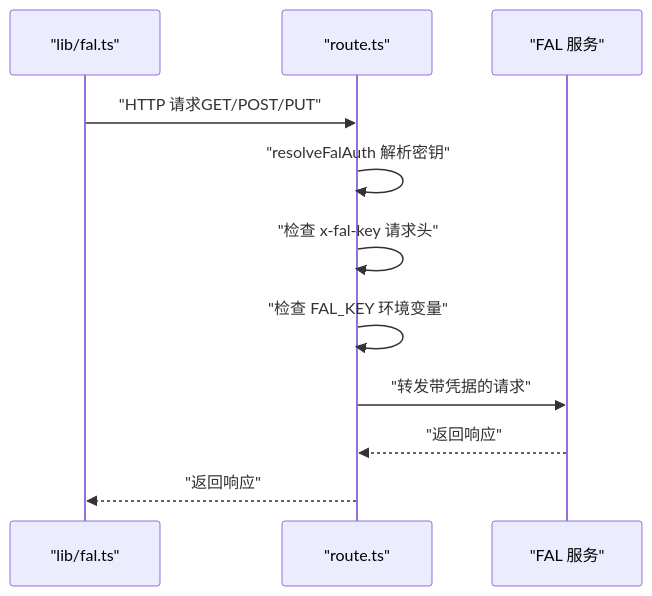
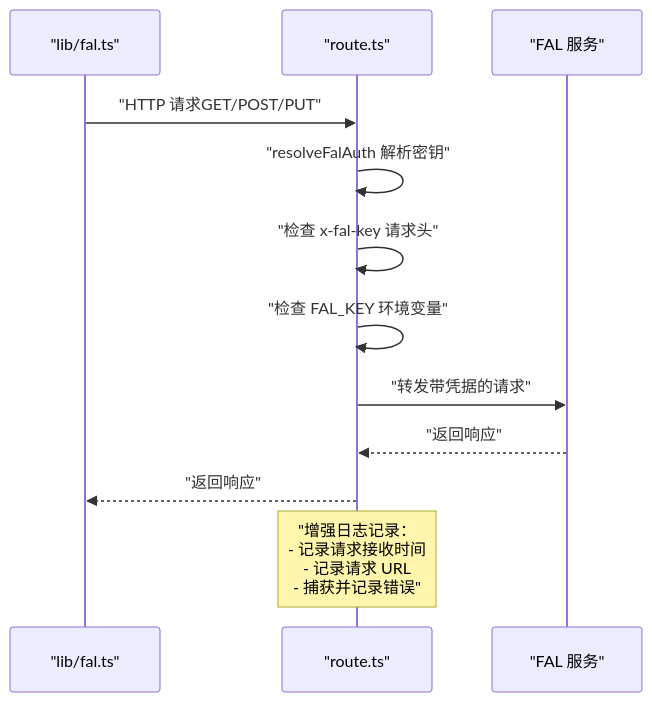
One commit to billye220670/BananaFlow2 changed the fourth of 11 diagrams in .qoder/repowiki/zh/content/核心功能模块/AI API 集成.md. Above: the diagram before and after it, drawn with Mermaid. The commit also changed other lines of this file and 22 other files, not shown here.

````diff
--- a/.qoder/repowiki/zh/content/核心功能模块/AI API 集成.md
+++ b/.qoder/repowiki/zh/content/核心功能模块/AI API 集成.md
@@ -189,13 +193,14 @@
 ```mermaid
 sequenceDiagram
 participant F as "lib/fal.ts"
 participant R as "route.ts"
 participant K as "FAL 服务"
 F->>R : "HTTP 请求GET/POST/PUT"
 R->>R : "resolveFalAuth 解析密钥"
 R->>R : "检查 x-fal-key 请求头"
 R->>R : "检查 FAL_KEY 环境变量"
 R->>K : "转发带凭据的请求"
 K-->>R : "返回响应"
 R-->>F : "返回响应"
+Note over R : "增强日志记录：<br/>- 记录请求接收时间<br/>- 记录请求 URL<br/>- 捕获并记录错误"
 ```
````
